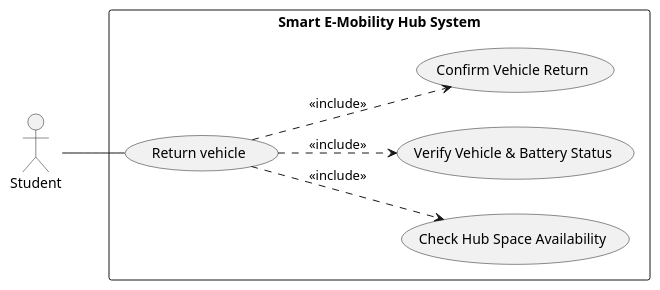
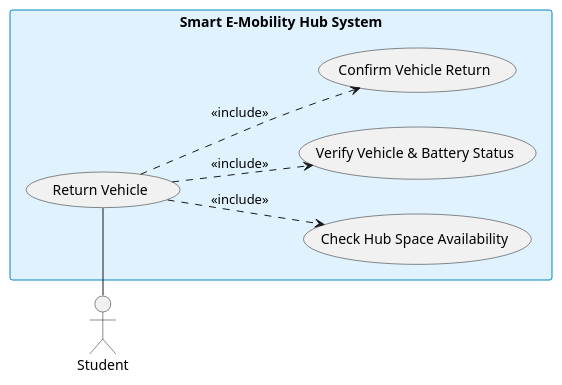
One commit to YdtTran/software-engineerning changed diagram 11 of 30 in 01_Diagram/01_Usecase_Diagram/PLANTUML_ALL.md. Above: the diagram before and after it, drawn with PlantUML. The commit also changed other lines of this file and 217 other files, not shown here.

````diff
--- a/01_Diagram/01_Usecase_Diagram/PLANTUML_ALL.md
+++ b/01_Diagram/01_Usecase_Diagram/PLANTUML_ALL.md
@@ -229,22 +231,19 @@
 ```plantuml
 @startuml
 left to right direction
-skinparam packageStyle rectangle
 skinparam shadowing false
-
-actor "Student" as Student
-
+skinparam rectangleBackgroundColor #e0f2fe
+skinparam rectangleBorderColor #0284c7
+actor "Student" as actor_left
 rectangle "Smart E-Mobility Hub System" {
-    usecase "Return vehicle" as UC_Return
-    usecase "Check Hub Space Availability" as UC_Space
-    usecase "Verify Vehicle & Battery Status" as UC_Battery
-    usecase "Confirm Vehicle Return" as UC_Confirm
-
-    UC_Return ..> UC_Space : <<include>>
-    UC_Return ..> UC_Battery : <<include>>
-    UC_Return ..> UC_Confirm : <<include>>
+  usecase "Return Vehicle" as uc_base
+  usecase "Check Hub Space Availability" as uc_inc1
+  usecase "Verify Vehicle & Battery Status" as uc_inc2
+  usecase "Confirm Vehicle Return" as uc_inc3
 }
-
-Student -- UC_Return
+actor_left -right- uc_base
+uc_base ..> uc_inc1 : <<include>>
+uc_base ..> uc_inc2 : <<include>>
+uc_base ..> uc_inc3 : <<include>>
 @enduml
 ```
````
